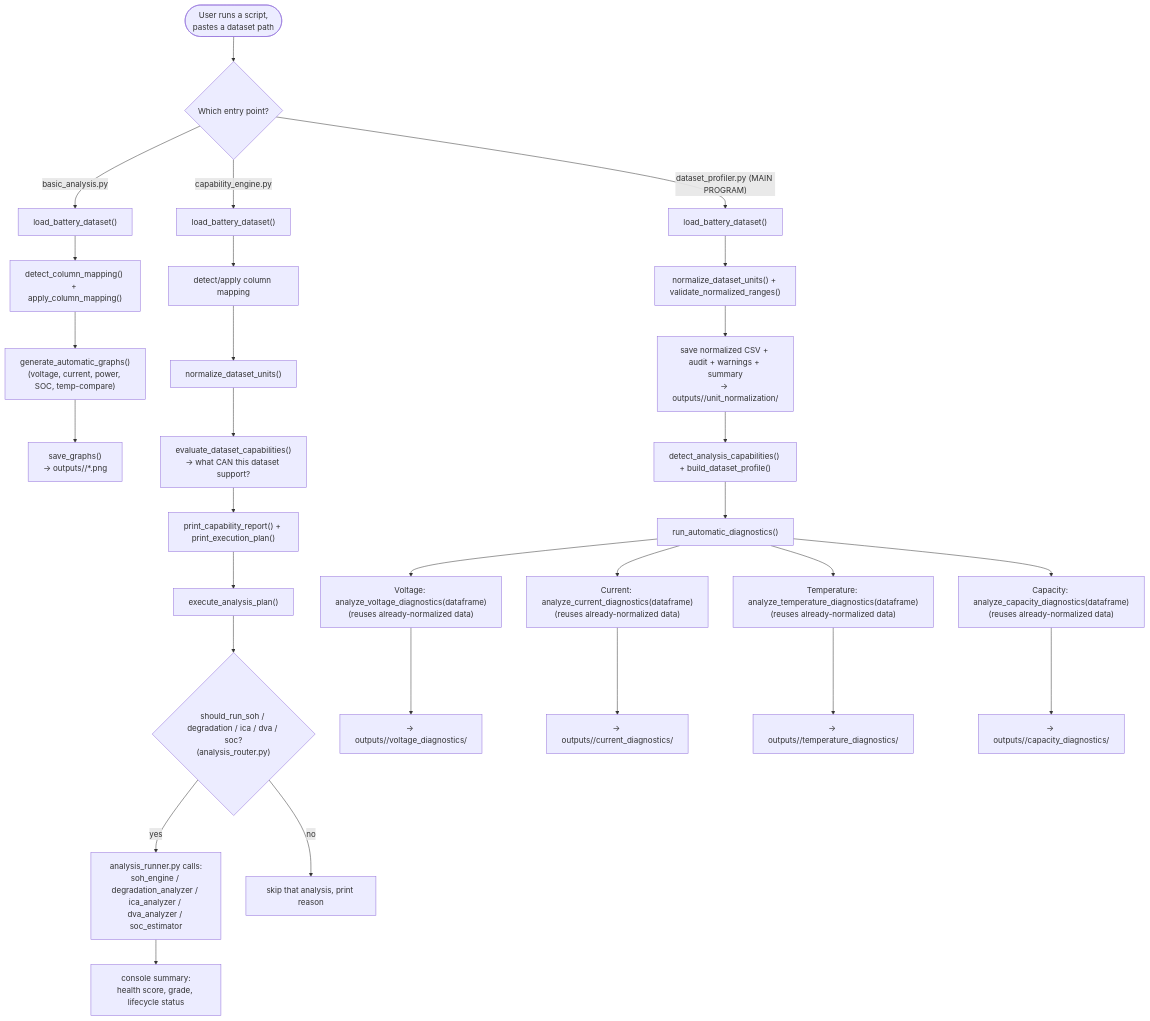
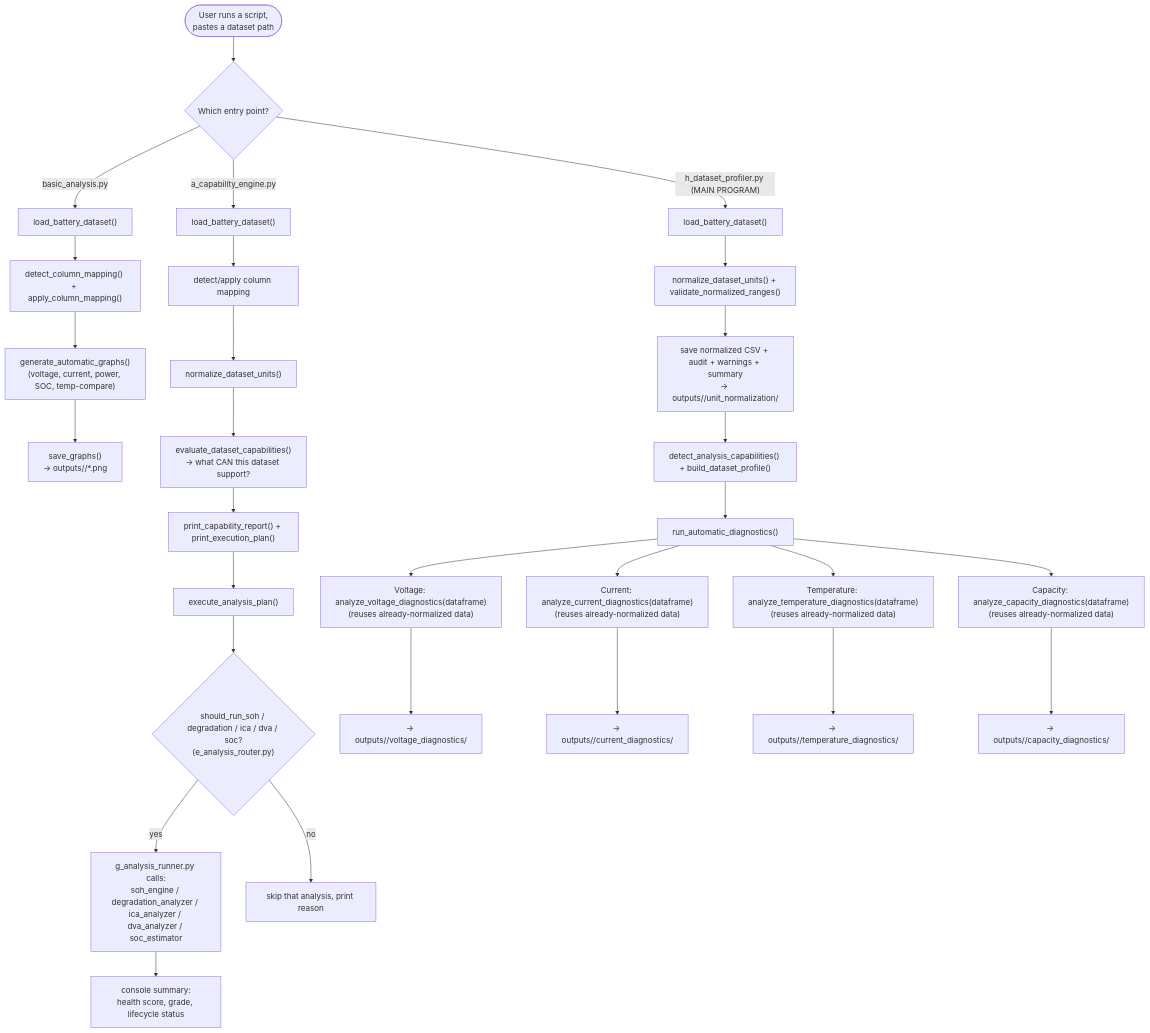
Before and after one commit to AnishLtts/battery-degradation-analysis: the second of 2 diagrams in battery_degradation_project/battery_intelligence_platform/ARCHITECTURE.md, drawn with Mermaid. The commit also changed other lines of this file and 18 other files, not shown here.

````diff
--- a/battery_degradation_project/battery_intelligence_platform/ARCHITECTURE.md
+++ b/battery_degradation_project/battery_intelligence_platform/ARCHITECTURE.md
@@ -171,34 +179,34 @@
 ```mermaid
 flowchart TD
     Start(["User runs a script,\npastes a dataset path"]) --> Which{"Which entry point?"}
 
     Which -->|"basic_analysis.py"| BA1["load_battery_dataset()"]
     BA1 --> BA2["detect_column_mapping() + apply_column_mapping()"]
     BA2 --> BA3["generate_automatic_graphs()\n(voltage, current, power, SOC, temp-compare)"]
     BA3 --> BA4["save_graphs()\n→ outputs/<name>/*.png"]
 
-    Which -->|"capability_engine.py"| CE1["load_battery_dataset()"]
+    Which -->|"a_capability_engine.py"| CE1["load_battery_dataset()"]
     CE1 --> CE2["detect/apply column mapping"]
     CE2 --> CE3["normalize_dataset_units()"]
     CE3 --> CE4["evaluate_dataset_capabilities()\n→ what CAN this dataset support?"]
     CE4 --> CE5["print_capability_report() + print_execution_plan()"]
     CE5 --> CE6["execute_analysis_plan()"]
-    CE6 --> CE7{"should_run_soh / degradation / ica / dva / soc?\n(analysis_router.py)"}
-    CE7 -->|yes| CE8["analysis_runner.py calls:\nsoh_engine / degradation_analyzer / ica_analyzer / dva_analyzer / soc_estimator"]
+    CE6 --> CE7{"should_run_soh / degradation / ica / dva / soc?\n(e_analysis_router.py)"}
+    CE7 -->|yes| CE8["g_analysis_runner.py calls:\nsoh_engine / degradation_analyzer / ica_analyzer / dva_analyzer / soc_estimator"]
     CE7 -->|no| CE9["skip that analysis, print reason"]
     CE8 --> CE10["console summary:\nhealth score, grade, lifecycle status"]
 
-    Which -->|"dataset_profiler.py (MAIN PROGRAM)"| DP1["load_battery_dataset()"]
+    Which -->|"h_dataset_profiler.py (MAIN PROGRAM)"| DP1["load_battery_dataset()"]
     DP1 --> DP2["normalize_dataset_units() + validate_normalized_ranges()"]
     DP2 --> DP3["save normalized CSV + audit + warnings + summary\n→ outputs/<name>/unit_normalization/"]
     DP3 --> DP4["detect_analysis_capabilities() + build_dataset_profile()"]
     DP4 --> DP5["run_automatic_diagnostics()"]
     DP5 --> DP6a["Voltage: analyze_voltage_diagnostics(dataframe)\n(reuses already-normalized data)"]
     DP5 --> DP6b["Current: analyze_current_diagnostics(dataframe)\n(reuses already-normalized data)"]
     DP5 --> DP6c["Temperature: analyze_temperature_diagnostics(dataframe)\n(reuses already-normalized data)"]
     DP5 --> DP6d["Capacity: analyze_capacity_diagnostics(dataframe)\n(reuses already-normalized data)"]
     DP6a --> DP7["→ outputs/<name>/voltage_diagnostics/"]
     DP6b --> DP8["→ outputs/<name>/current_diagnostics/"]
     DP6c --> DP9["→ outputs/<name>/temperature_diagnostics/"]
     DP6d --> DP10["→ outputs/<name>/capacity_diagnostics/"]
 ```
````
